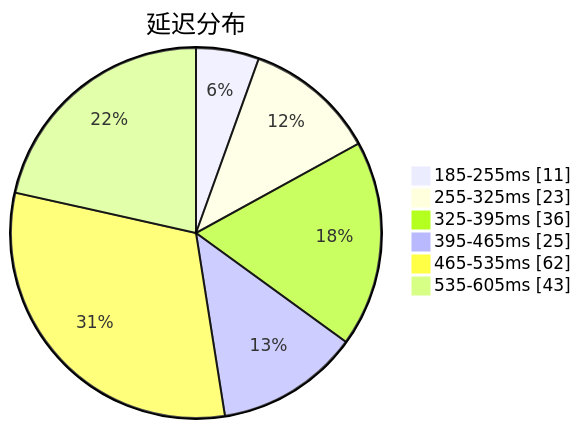
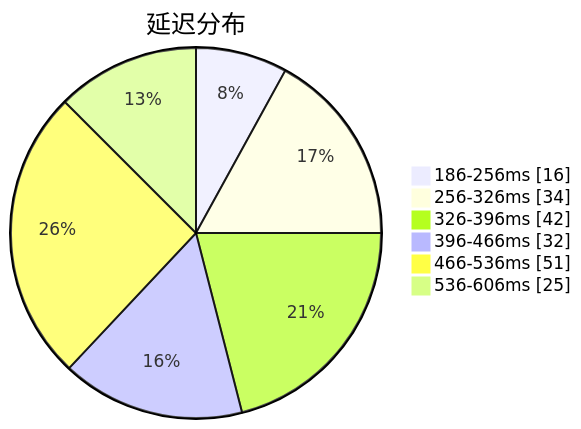
The first of 3 diagrams in subs/statistics/tested_within.md (qjlxg/airport), drawn with Mermaid before and after one commit. The commit also changed other lines of this file and 2 other files, not shown here.

````diff
--- a/subs/statistics/tested_within.md
+++ b/subs/statistics/tested_within.md
@@ -2,10 +2,10 @@
 ```mermaid
 pie showData
 title 延迟分布
-"185-255ms" : 11
-"255-325ms" : 23
-"325-395ms" : 36
-"395-465ms" : 25
-"465-535ms" : 62
-"535-605ms" : 43
+"186-256ms" : 16
+"256-326ms" : 34
+"326-396ms" : 42
+"396-466ms" : 32
+"466-536ms" : 51
+"536-606ms" : 25
 ```
````
